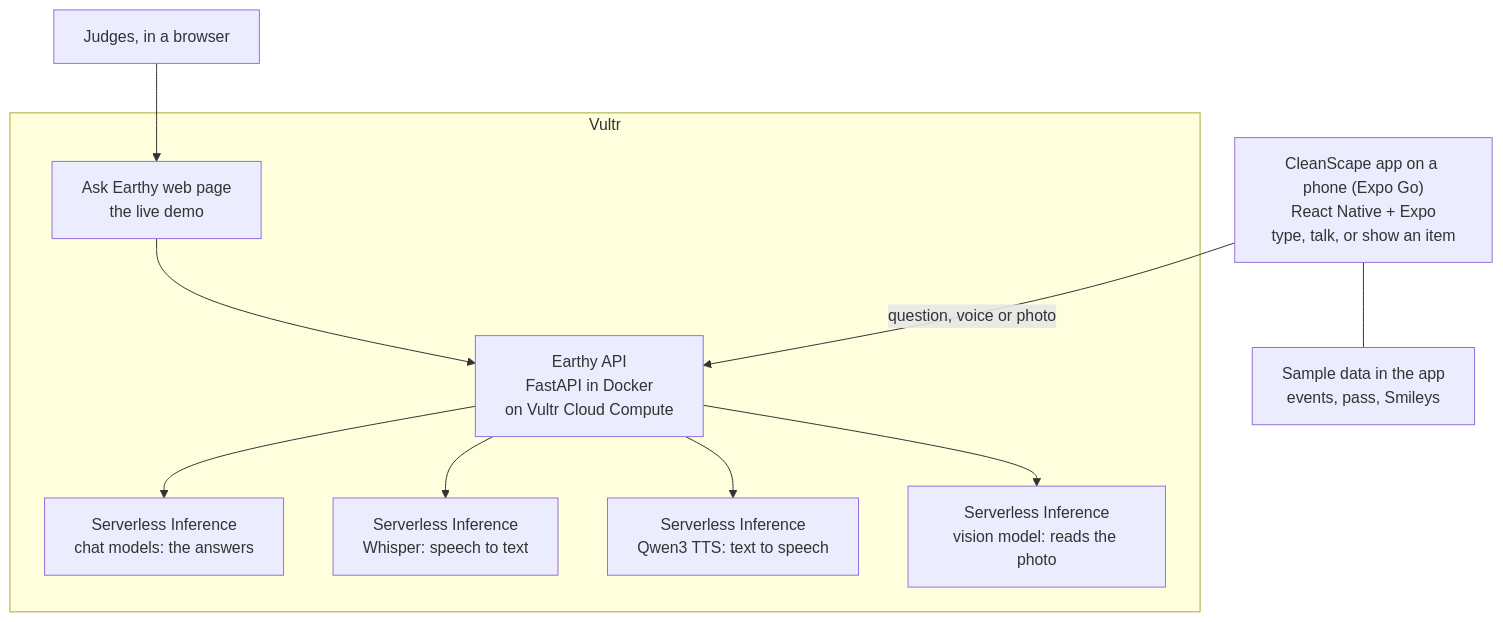
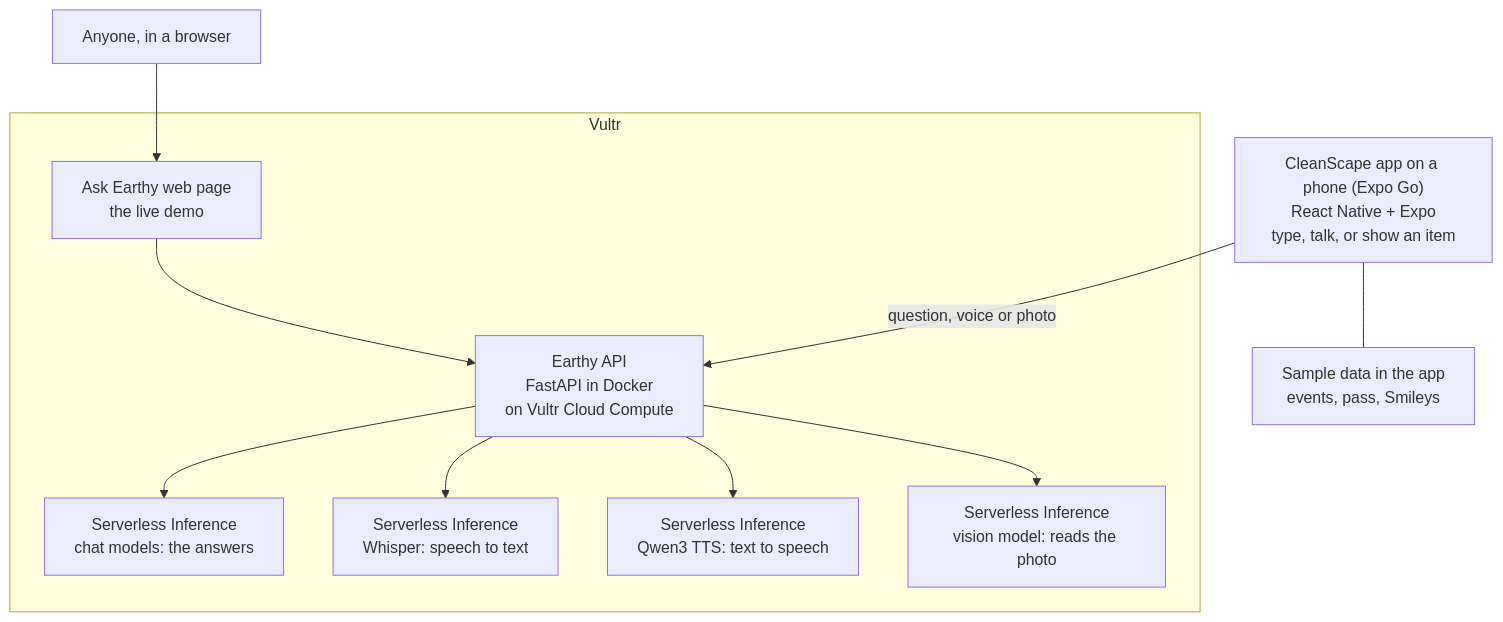
Before and after one commit to Nitin3241/cleanscape-hackglobal: the diagram in docs/architecture.mmd, drawn with Mermaid. The commit also changed 1 other file, not shown here.

Commit message:
Diagram: plainer wording for the web page
Claude-Session: https://claude.ai/code/session_018TbUEEfmbWkMexXA7UCxQV

```diff
--- a/docs/architecture.mmd
+++ b/docs/architecture.mmd
@@ -1,20 +1,20 @@
 flowchart TB
-  Judge["Judges, in a browser"]
+  Judge["Anyone, in a browser"]
   App["CleanScape app on a phone (Expo Go)<br/>React Native + Expo<br/>type, talk, or show an item"]
   Sample["Sample data in the app<br/>events, pass, Smileys"]
   App --- Sample
   subgraph Vultr["Vultr"]
     Web["Ask Earthy web page<br/>the live demo"]
     API["Earthy API<br/>FastAPI in Docker<br/>on Vultr Cloud Compute"]
     Chat["Serverless Inference<br/>chat models: the answers"]
     STT["Serverless Inference<br/>Whisper: speech to text"]
     TTS["Serverless Inference<br/>Qwen3 TTS: text to speech"]
     Vision["Serverless Inference<br/>vision model: reads the photo"]
     Web --> API
     API --> Chat
     API --> STT
     API --> TTS
     API --> Vision
   end
   App -->|"question, voice or photo"| API
   Judge --> Web
```
